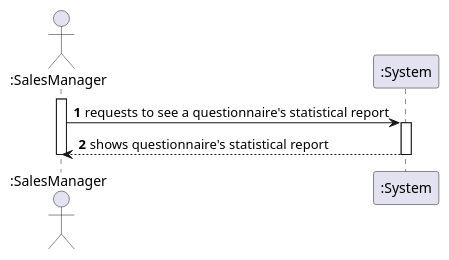
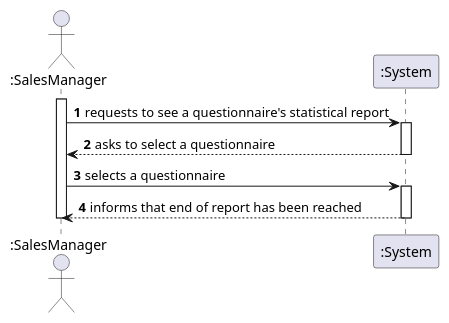
One commit to ana-albergaria/LAPR4-ISEP changed the diagram in docs/1181472 1201516 1201592/US3002/US_3002_SSD.puml. Above: the diagram before and after it, drawn with PlantUML. The commit also changed 6 other files, not shown here.

```diff
--- a/docs/1181472 1201516 1201592/US3002/US_3002_SSD.puml
+++ b/docs/1181472 1201516 1201592/US3002/US_3002_SSD.puml
@@ -1,17 +1,23 @@
 @startuml
 'https://plantuml.com/sequence-diagram
 
 autonumber
 
 Actor ":SalesManager" as AGVM
 participant ":System" as SYSTEM
 
 activate AGVM
 AGVM -> SYSTEM : requests to see a questionnaire's statistical report
 activate SYSTEM
 
-SYSTEM --> AGVM : shows questionnaire's statistical report
+SYSTEM --> AGVM : asks to select a questionnaire
+deactivate SYSTEM
+
+AGVM -> SYSTEM : selects a questionnaire
+activate SYSTEM
+
+SYSTEM --> AGVM : informs that end of report has been reached
 deactivate SYSTEM
 deactivate AGVM
 
 @enduml
```
